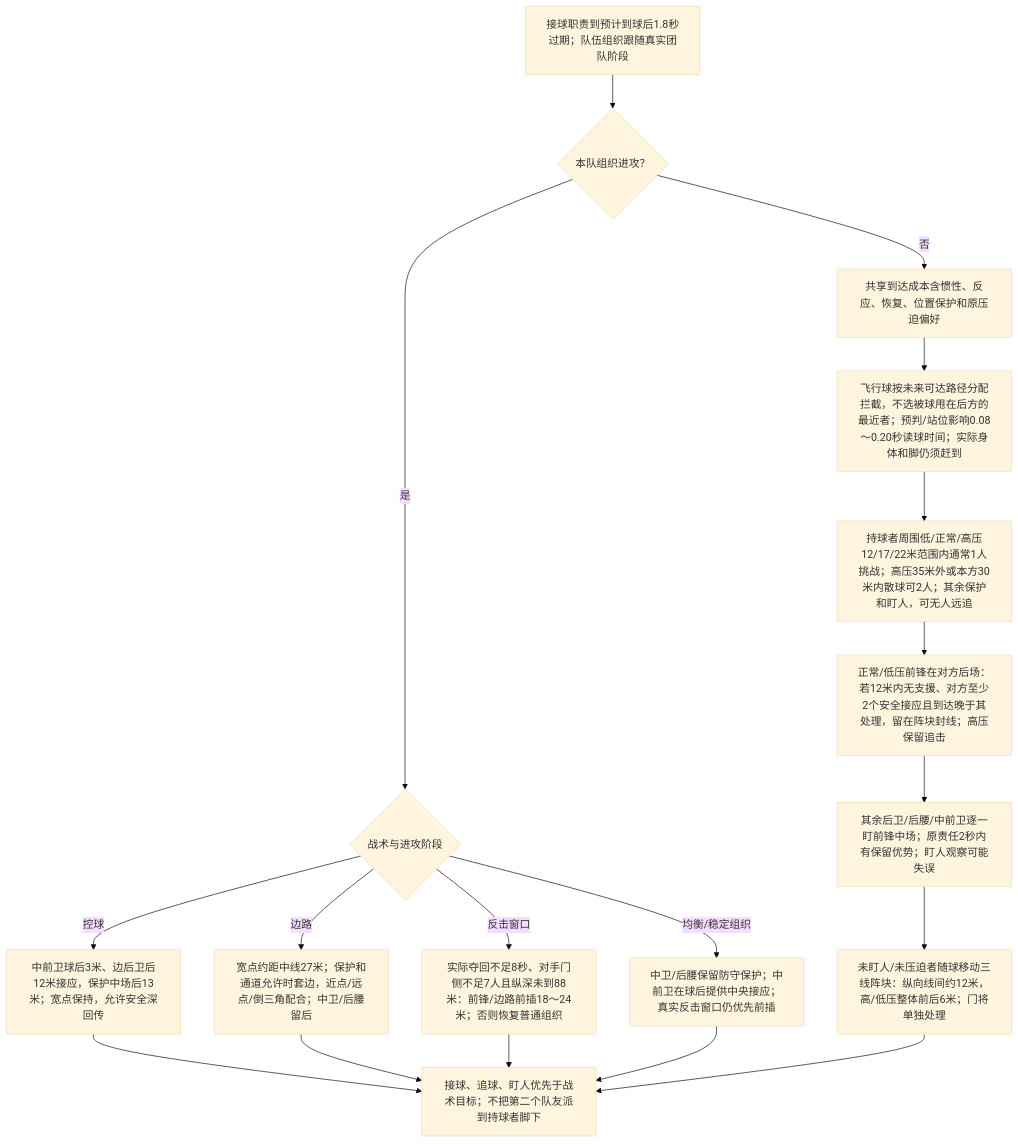
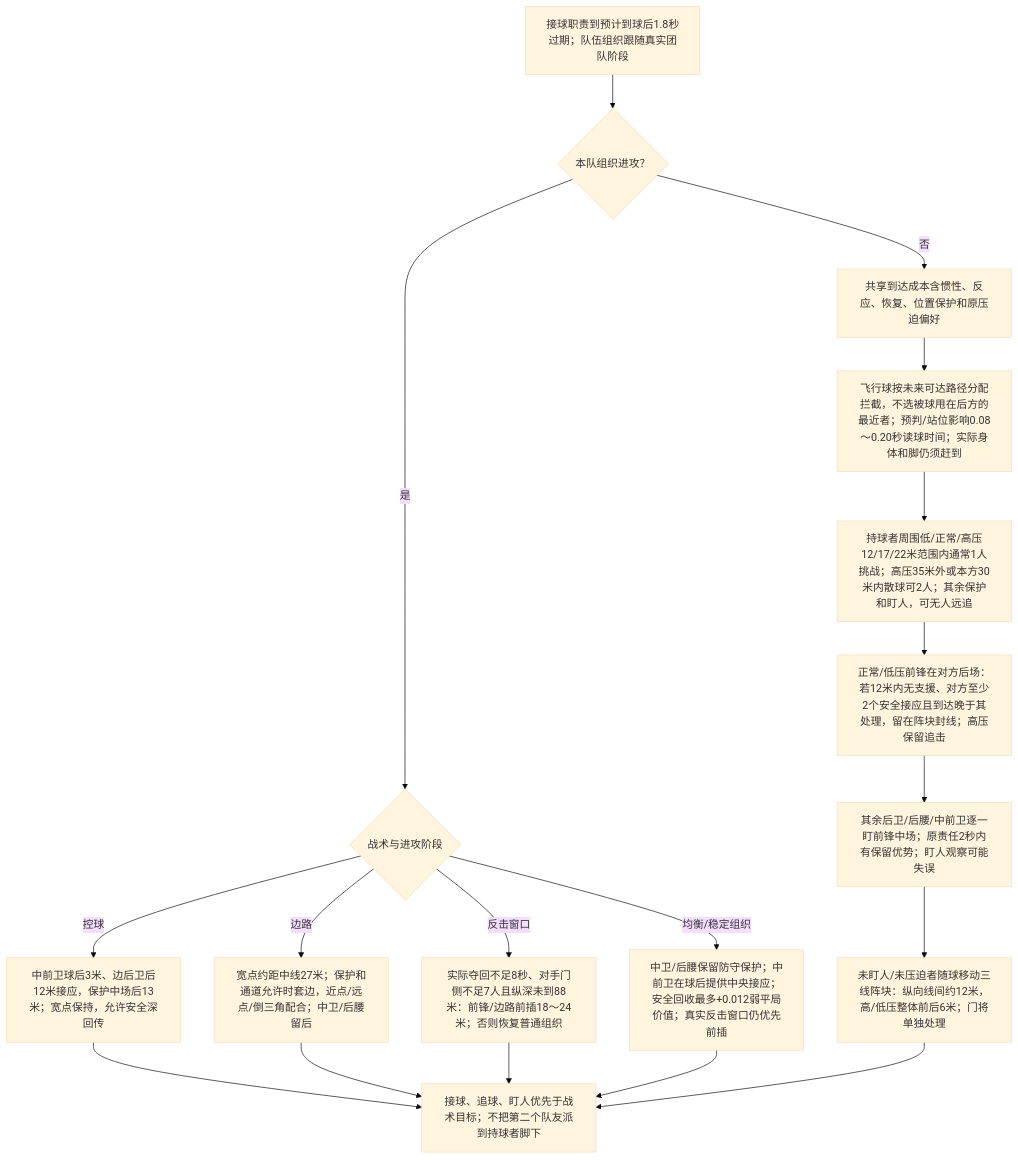
Before and after one commit to sixu3575/touchline-manager: the second of 7 diagrams in packages/shared/modules/matches/design/PLAYER_DECISION_MAP.md, drawn with Mermaid (base theme). The commit also changed other lines of this file and 15 other files, not shown here.

````diff
--- a/packages/shared/modules/matches/design/PLAYER_DECISION_MAP.md
+++ b/packages/shared/modules/matches/design/PLAYER_DECISION_MAP.md
@@ -48,20 +48,20 @@
 ```mermaid
 flowchart TD
   R0["接球职责到预计到球后1.8秒过期；队伍组织跟随真实团队阶段"] --> R1{"本队组织进攻？"}
   R1 -->|否| R2["共享到达成本含惯性、反应、恢复、位置保护和原压迫偏好"]
   R2 --> RF["飞行球按未来可达路径分配拦截，不选被球甩在后方的最近者；预判/站位影响0.08～0.20秒读球时间；实际身体和脚仍须赶到"]
   RF --> R3["持球者周围低/正常/高压12/17/22米范围内通常1人挑战；高压35米外或本方30米内散球可2人；其余保护和盯人，可无人远追"]
   R3 --> RX["正常/低压前锋在对方后场：若12米内无支援、对方至少2个安全接应且到达晚于其处理，留在阵块封线；高压保留追击"]
   RX --> R4["其余后卫/后腰/中前卫逐一盯前锋中场；原责任2秒内有保留优势；盯人观察可能失误"]
   R4 --> R5["未盯人/未压迫者随球移动三线阵块：纵向线间约12米，高/低压整体前后6米；门将单独处理"]
   R1 -->|是| R6{"战术与进攻阶段"}
   R6 -->|控球| RP["中前卫球后3米、边后卫后12米接应，保护中场后13米；宽点保持，允许安全深回传"]
   R6 -->|边路| RW["宽点约距中线27米；保护和通道允许时套边，近点/远点/倒三角配合；中卫/后腰留后"]
   R6 -->|反击窗口| RC["实际夺回不足8秒、对手门侧不足7人且纵深未到88米：前锋/边路前插18～24米；否则恢复普通组织"]
-  R6 -->|均衡/稳定组织| RB["中卫/后腰保留防守保护；中前卫在球后提供中央接应；真实反击窗口仍优先前插"]
+  R6 -->|均衡/稳定组织| RB["中卫/后腰保留防守保护；中前卫在球后提供中央接应；安全回收最多+0.012弱平局价值；真实反击窗口仍优先前插"]
   RP --> R7["接球、追球、盯人优先于战术目标；不把第二个队友派到持球者脚下"]
   RW --> R7
   RC --> R7
   RB --> R7
   R5 --> R7
 ```
````
